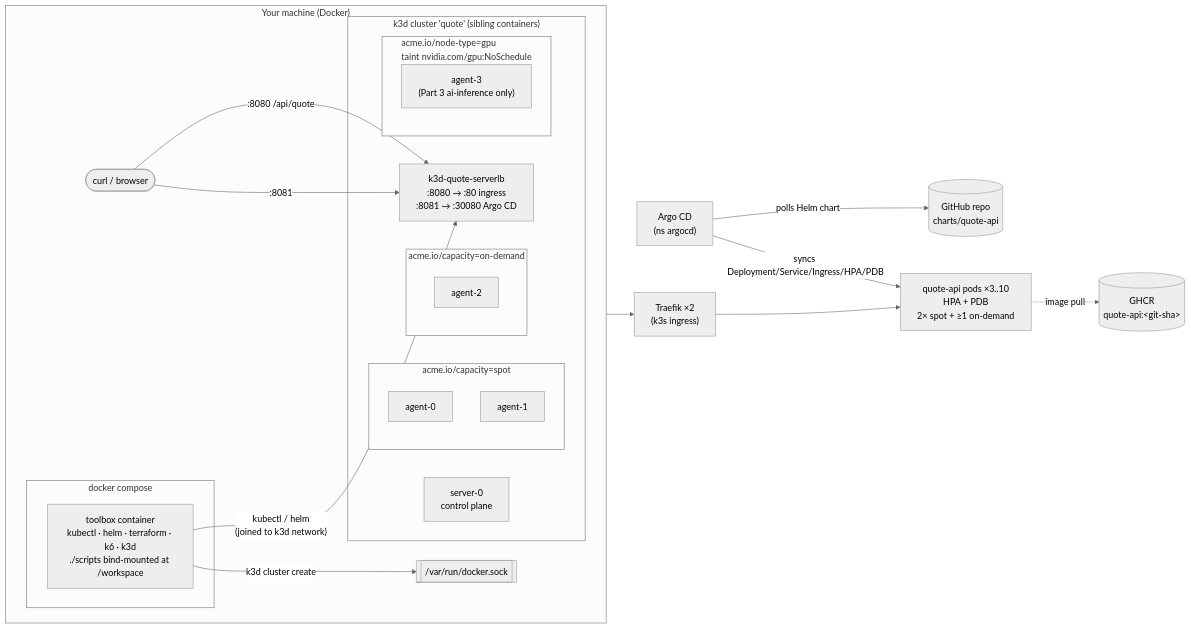
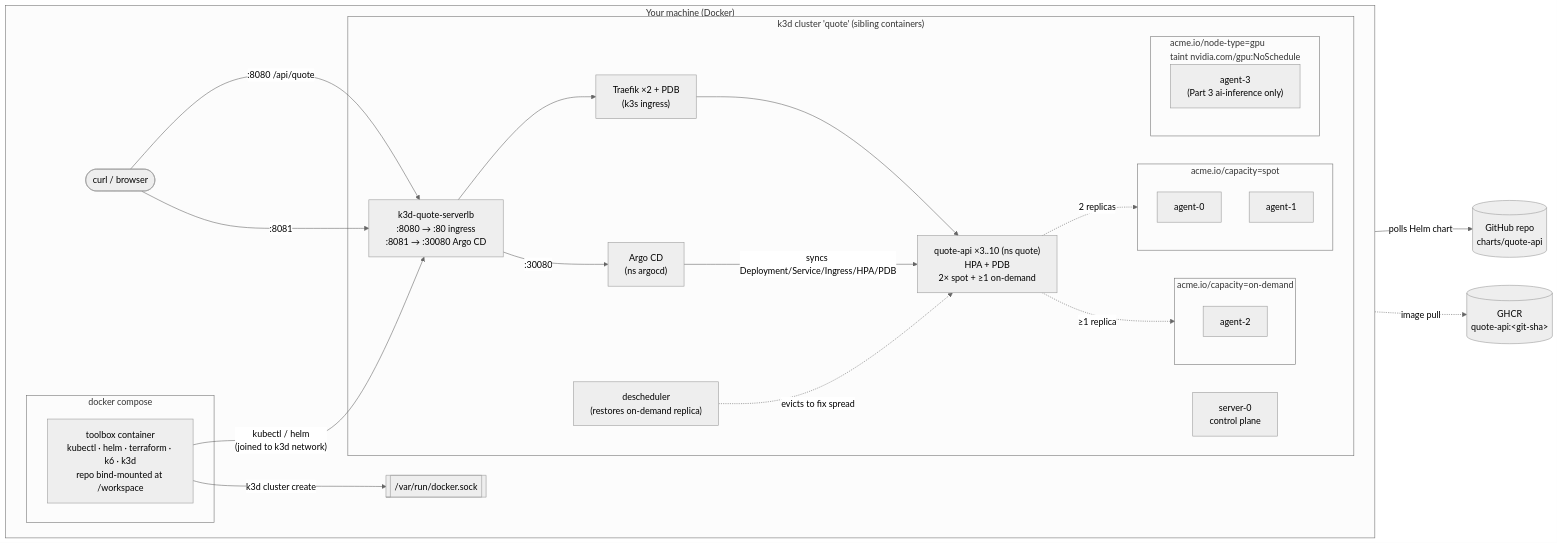
Before and after one commit to khanhnato/devops-takehome: the first of 2 diagrams in README.md, drawn with Mermaid (neutral theme). The commit also changed other lines of this file and 18 other files, not shown here.

First line of the commit message:
Harden reviewer flow, fix placement self-healing, correct docs

````diff
--- a/README.md
+++ b/README.md
@@ -39,41 +60,46 @@
 ```mermaid
 flowchart LR
   subgraph host["Your machine (Docker)"]
     direction LR
     user(["curl / browser"])
     subgraph compose["docker compose"]
-      toolbox["toolbox container<br/>kubectl · helm · terraform · k6 · k3d<br/>./scripts bind-mounted at /workspace"]
+      toolbox["toolbox container<br/>kubectl · helm · terraform · k6 · k3d<br/>repo bind-mounted at /workspace"]
     end
     sock[["/var/run/docker.sock"]]
     toolbox -- "k3d cluster create" --> sock
 
     subgraph k3d["k3d cluster 'quote' (sibling containers)"]
       lb["k3d-quote-serverlb<br/>:8080 → :80 ingress<br/>:8081 → :30080 Argo CD"]
       server["server-0<br/>control plane"]
       subgraph spot["acme.io/capacity=spot"]
         a0["agent-0"]
         a1["agent-1"]
       end
       subgraph od["acme.io/capacity=on-demand"]
         a2["agent-2"]
       end
       subgraph gpu["acme.io/node-type=gpu<br/>taint nvidia.com/gpu:NoSchedule"]
         a3["agent-3<br/>(Part 3 ai-inference only)"]
       end
+      traefik["Traefik ×2 + PDB<br/>(k3s ingress)"]
+      argocd["Argo CD<br/>(ns argocd)"]
+      desched["descheduler<br/>(restores on-demand replica)"]
+      app["quote-api ×3..10 (ns quote)<br/>HPA + PDB<br/>2× spot + ≥1 on-demand"]
     end
     user -- ":8080 /api/quote" --> lb
     user -- ":8081" --> lb
     toolbox -- "kubectl / helm<br/>(joined to k3d network)" --> lb
   end
 
   gh[("GitHub repo<br/>charts/quote-api")]
   ghcr[("GHCR<br/>quote-api:&lt;git-sha&gt;")]
-  argocd["Argo CD<br/>(ns argocd)"]
-  traefik["Traefik ×2<br/>(k3s ingress)"]
-  app["quote-api pods ×3..10<br/>HPA + PDB<br/>2× spot + ≥1 on-demand"]
 
   lb --> traefik --> app
+  lb -- ":30080" --> argocd
   argocd -- "polls Helm chart" --> gh
   argocd -- "syncs Deployment/Service/Ingress/HPA/PDB" --> app
+  desched -. "evicts to fix spread" .-> app
+  app -. "2 replicas" .-> spot
+  app -. "≥1 replica" .-> od
   app -. "image pull" .-> ghcr
 ```
````
